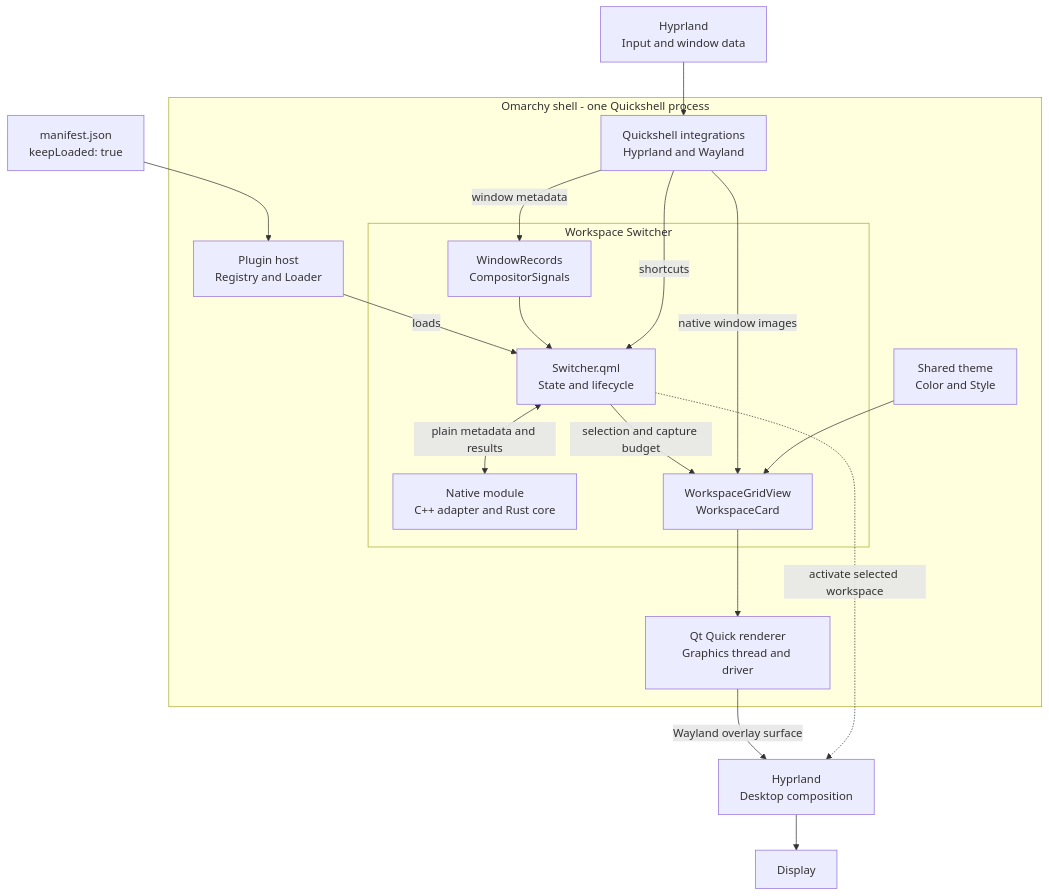
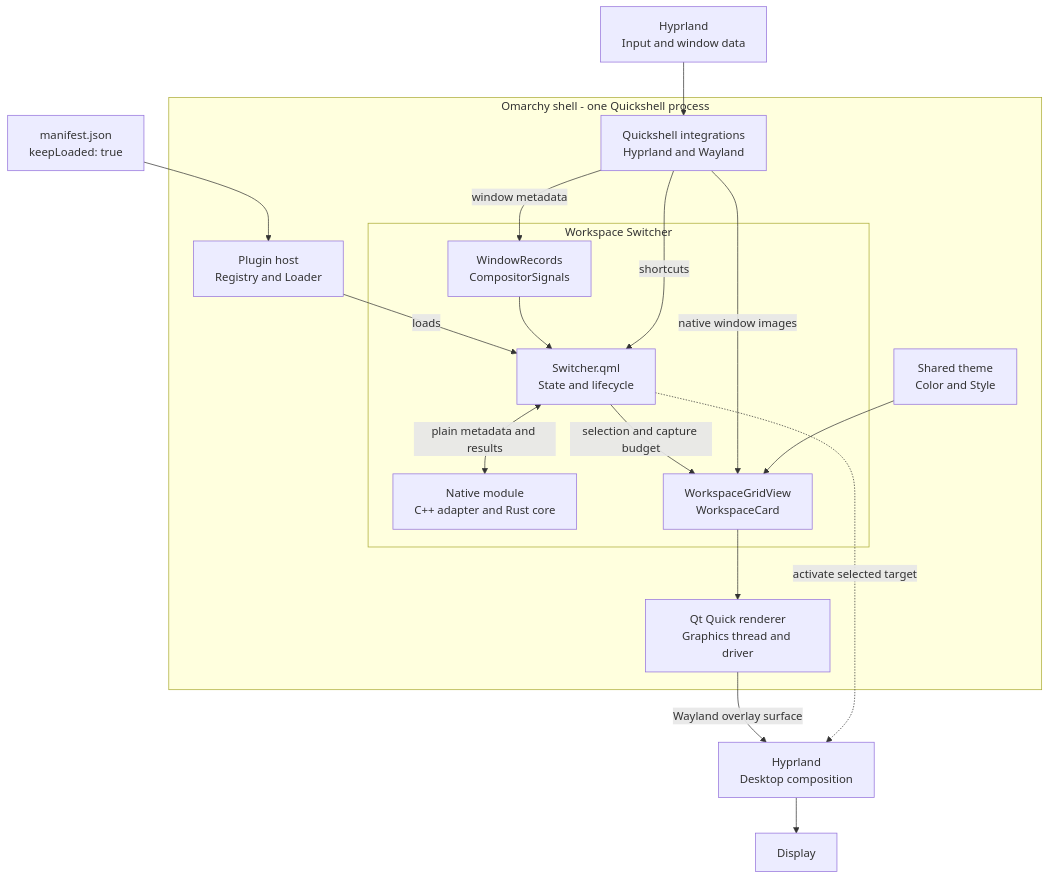
One commit to clundstrom/omarchy-window-switcher changed the first of 2 diagrams in docs/architecture.md. Above: the diagram before and after it, drawn with Mermaid. The commit also changed other lines of this file and 16 other files, not shown here.

````diff
--- a/docs/architecture.md
+++ b/docs/architecture.md
@@ -13,33 +13,33 @@
 ```mermaid
 flowchart TB
     Input["Hyprland<br/>Input and window data"] --> Integration
     Manifest["manifest.json<br/>keepLoaded: true"] --> Host
 
     subgraph Shell["Omarchy shell - one Quickshell process"]
         Host["Plugin host<br/>Registry and Loader"]
         Integration["Quickshell integrations<br/>Hyprland and Wayland"]
         Theme["Shared theme<br/>Color and Style"]
 
         subgraph Plugin["Workspace Switcher"]
             Records["WindowRecords<br/>CompositorSignals"]
             Controller["Switcher.qml<br/>State and lifecycle"]
             Core["Native module<br/>C++ adapter and Rust core"]
             View["WorkspaceGridView<br/>WorkspaceCard"]
         end
 
         Renderer["Qt Quick renderer<br/>Graphics thread and driver"]
         Host -->|"loads"| Controller
         Integration -->|"window metadata"| Records
         Records --> Controller
         Integration -->|"shortcuts"| Controller
         Controller <-->|"plain metadata and results"| Core
         Controller -->|"selection and capture budget"| View
         Integration -->|"native window images"| View
         Theme --> View
         View --> Renderer
     end
 
     Renderer -->|"Wayland overlay surface"| Compositor["Hyprland<br/>Desktop composition"]
-    Controller -.->|"activate selected workspace"| Compositor
+    Controller -.->|"activate selected target"| Compositor
     Compositor --> Display["Display"]
 ```
````
